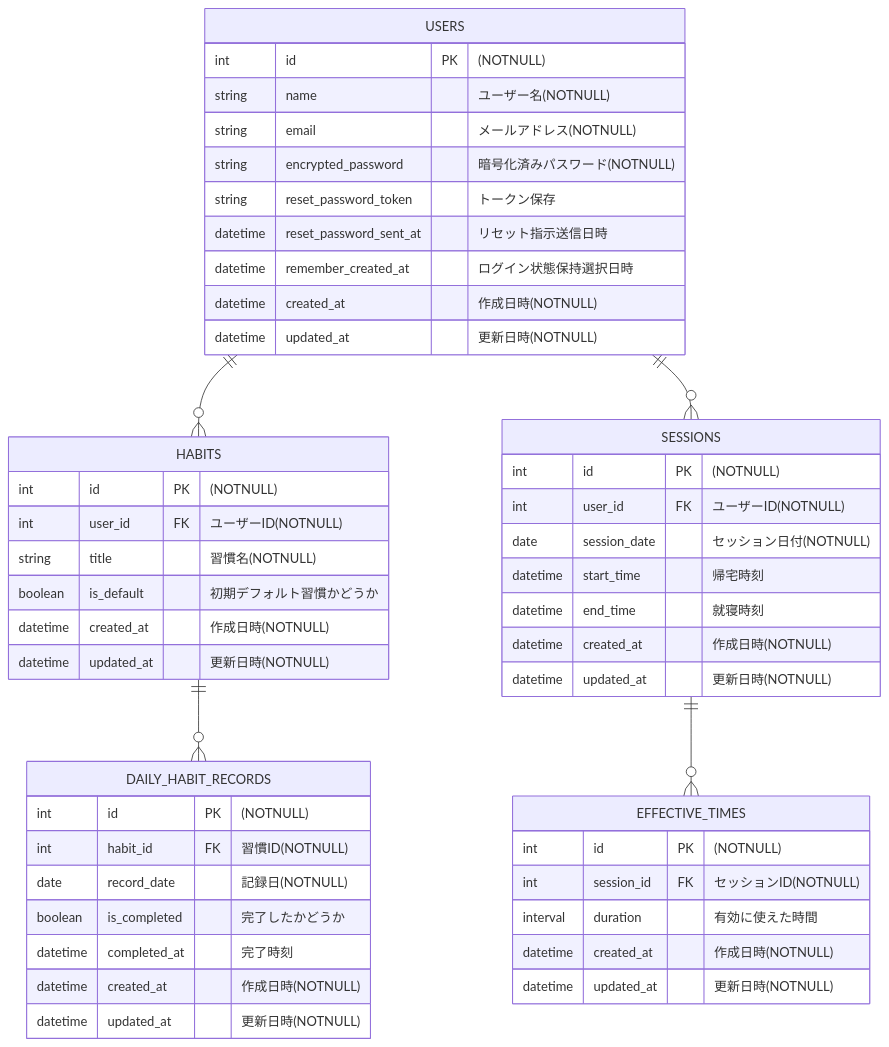
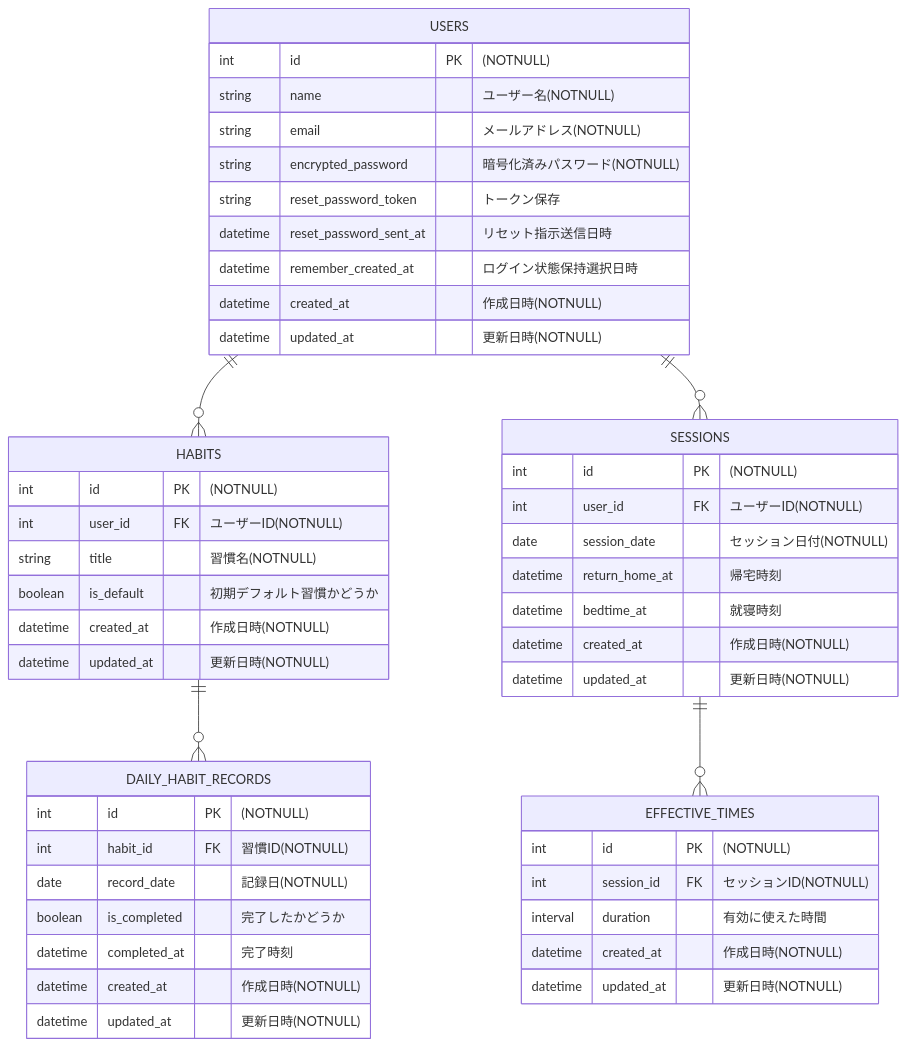
The diagram in README.md (kazuhide0413/jikantsukurun), drawn with Mermaid before and after one commit. The commit also changed other lines of this file, not shown here.

Commit message:
卒業制作_ER図_修正②

````diff
--- a/README.md
+++ b/README.md
@@ -111,52 +114,52 @@
 ```mermaid
 erDiagram
 	direction TB
 	USERS {
 		int id PK "(NOTNULL)"
 		string name "ユーザー名(NOTNULL)"
 		string email "メールアドレス(NOTNULL)"
 		string encrypted_password "暗号化済みパスワード(NOTNULL)"
 		string reset_password_token "トークン保存"
 		datetime reset_password_sent_at "リセット指示送信日時"
 		datetime remember_created_at "ログイン状態保持選択日時"
 		datetime created_at "作成日時(NOTNULL)"
 		datetime updated_at "更新日時(NOTNULL)"
 	}
 	HABITS {
 		int id PK "(NOTNULL)"
 		int user_id FK "ユーザーID(NOTNULL)"
 		string title "習慣名(NOTNULL)"
 		boolean is_default "初期デフォルト習慣かどうか"
 		datetime created_at "作成日時(NOTNULL)"
 		datetime updated_at "更新日時(NOTNULL)"
 	}
 	DAILY_HABIT_RECORDS {
         int id PK "(NOTNULL)"
         int habit_id FK "習慣ID(NOTNULL)"
 		date record_date "記録日(NOTNULL)"
 		boolean is_completed "完了したかどうか"
         datetime completed_at "完了時刻"
         datetime created_at "作成日時(NOTNULL)"
         datetime updated_at "更新日時(NOTNULL)"
     }
     SESSIONS {
         int id PK "(NOTNULL)"
         int user_id FK "ユーザーID(NOTNULL)"
 		date session_date "セッション日付(NOTNULL)"
-        datetime start_time "帰宅時刻"
-        datetime end_time "就寝時刻"
+        datetime return_home_at "帰宅時刻"
+        datetime bedtime_at "就寝時刻"
         datetime created_at "作成日時(NOTNULL)"
         datetime updated_at "更新日時(NOTNULL)"
     }
     EFFECTIVE_TIMES {
         int id PK "(NOTNULL)"
         int session_id FK "セッションID(NOTNULL)"
         interval duration "有効に使えた時間"
         datetime created_at "作成日時(NOTNULL)"
         datetime updated_at "更新日時(NOTNULL)"
     }
     USERS ||--o{ HABITS : ""
     USERS ||--o{ SESSIONS : ""
     HABITS ||--o{ DAILY_HABIT_RECORDS : ""
     SESSIONS ||--o{ EFFECTIVE_TIMES : ""
 ```
````
